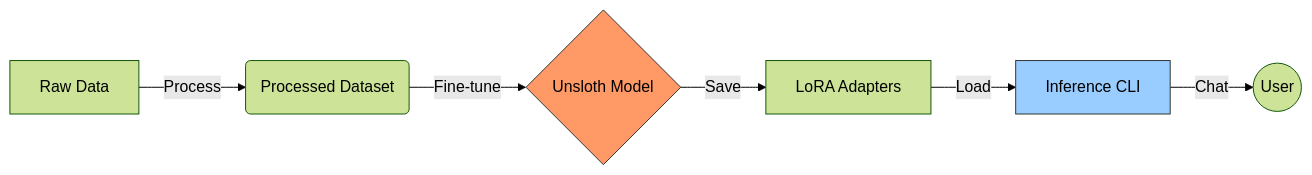
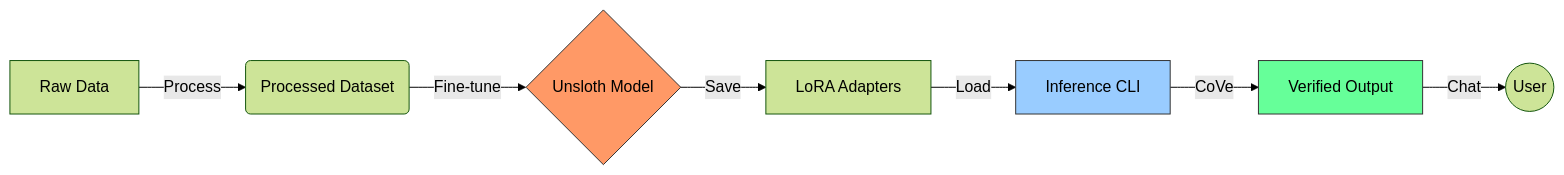
One commit to AneKazek/HexaSLM changed the diagram in README.md. Above: the diagram before and after it, drawn with Mermaid (forest theme). The commit also changed other lines of this file and 1 other file, not shown here.

````diff
--- a/README.md
+++ b/README.md
@@ -30,10 +31,12 @@
 ```mermaid
 graph LR
     A[Raw Data] -->|Process| B(Processed Dataset)
     B -->|Fine-tune| C{Unsloth Model}
     C -->|Save| D[LoRA Adapters]
     D -->|Load| E[Inference CLI]
-    E -->|Chat| F((User))
+    E -->|CoVe| F[Verified Output]
+    F -->|Chat| G((User))
     style C fill:#f96,stroke:#333
     style E fill:#9cf,stroke:#333
+    style F fill:#6f9,stroke:#333
 ```
````
